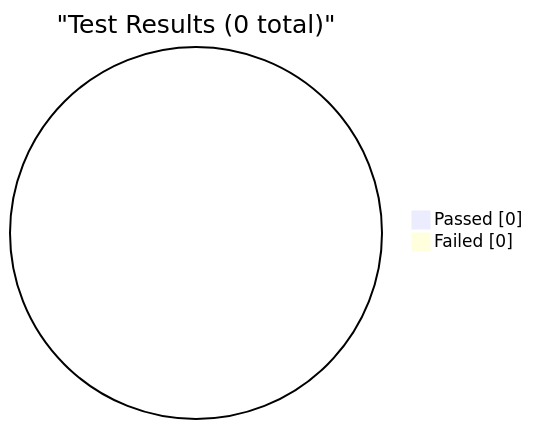
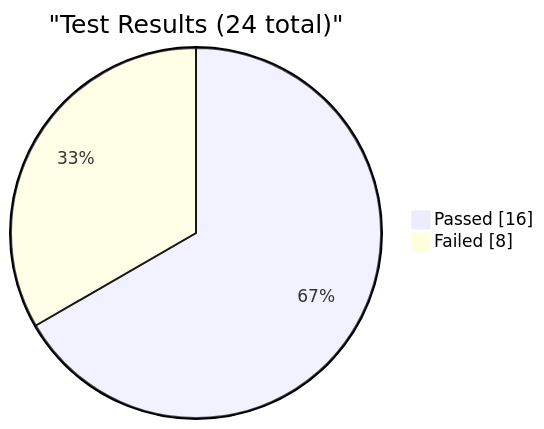
Before and after one commit to EliteaAI/onetest-ai-tm-Elitea: the first of 6 diagrams in reports/dashboard.md, drawn with Mermaid. The commit also changed other lines of this file and 1 other file, not shown here.

Commit message:
dashboard: update test metrics for RUN-ELITEA-2026-10-23-318-DEV-AGENT_HUB-FAILED

````diff
--- a/reports/dashboard.md
+++ b/reports/dashboard.md
@@ -9,6 +9,6 @@
 ```mermaid
 pie showData
-    title "Test Results (0 total)"
-    "Passed" : 0
-    "Failed" : 0
+    title "Test Results (24 total)"
+    "Passed" : 16
+    "Failed" : 8
 ```
````
